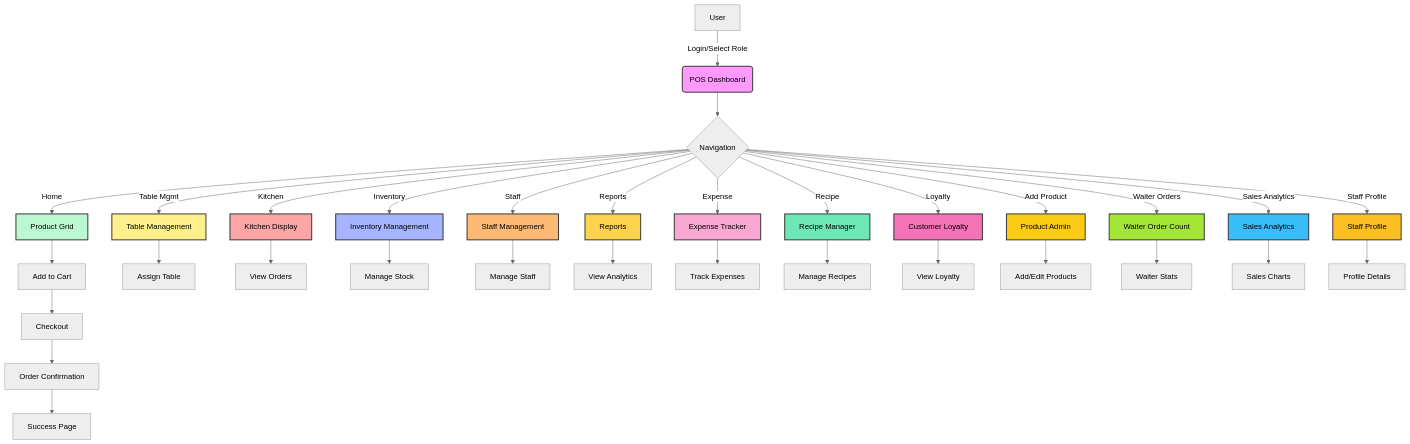
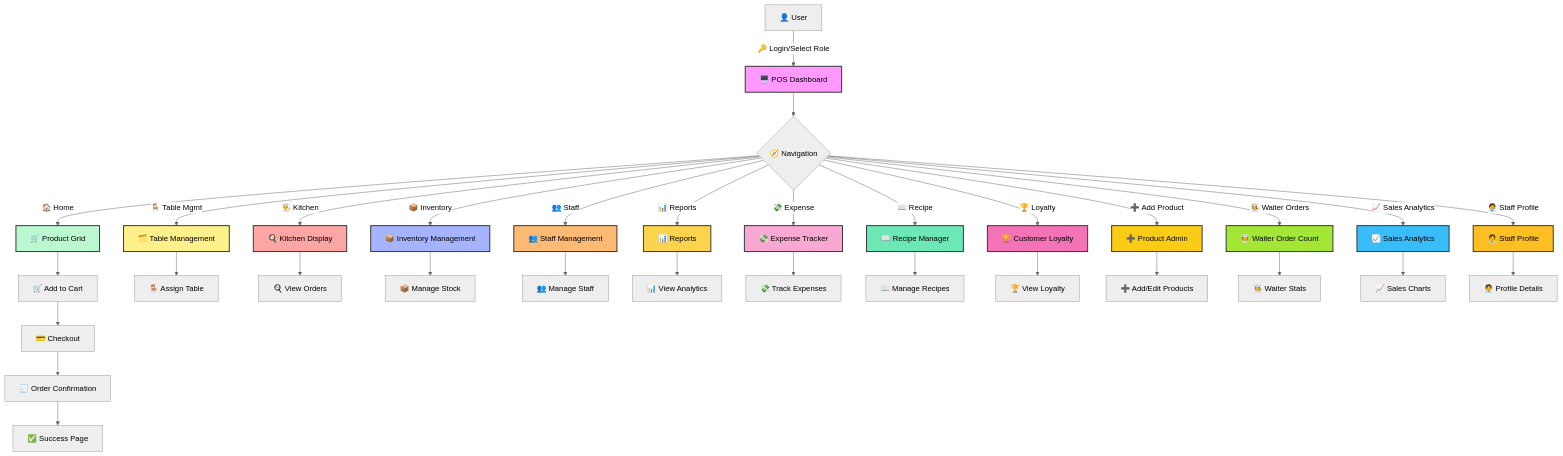
The second of 2 diagrams in README.md (NarenderSD/POS-System), drawn with Mermaid (neutral theme) before and after one commit. The commit also changed other lines of this file, not shown here.

````diff
--- a/README.md
+++ b/README.md
@@ -124,48 +128,48 @@
 ```mermaid
 flowchart TD
-  A[User] -->|Login/Select Role| B(POS Dashboard)
-  B --> C{Navigation}
-  C -->|Home| D[Product Grid]
-  C -->|Table Mgmt| E[Table Management]
-  C -->|Kitchen| F[Kitchen Display]
-  C -->|Inventory| G[Inventory Management]
-  C -->|Staff| H[Staff Management]
-  C -->|Reports| I[Reports]
-  C -->|Expense| J[Expense Tracker]
-  C -->|Recipe| K[Recipe Manager]
-  C -->|Loyalty| L[Customer Loyalty]
-  C -->|Add Product| M[Product Admin]
-  C -->|Waiter Orders| N[Waiter Order Count]
-  C -->|Sales Analytics| O[Sales Analytics]
-  C -->|Staff Profile| P[Staff Profile]
-  D --> Q[Add to Cart]
-  Q --> R[Checkout]
-  R --> S[Order Confirmation]
-  S --> T[Success Page]
-  E --> U[Assign Table]
-  F --> V[View Orders]
-  G --> W[Manage Stock]
-  H --> X[Manage Staff]
-  I --> Y[View Analytics]
-  J --> Z[Track Expenses]
-  K --> AA[Manage Recipes]
-  L --> AB[View Loyalty]
-  M --> AC[Add/Edit Products]
-  N --> AD[Waiter Stats]
-  O --> AE[Sales Charts]
-  P --> AF[Profile Details]
+  A[👤 User] -->|🔑 Login/Select Role| B[🖥️ POS Dashboard]
+  B --> C{🧭 Navigation}
+  C -->|🏠 Home| D[🛒 Product Grid]
+  C -->|🪑 Table Mgmt| E[🗂️ Table Management]
+  C -->|👨‍🍳 Kitchen| F[🍳 Kitchen Display]
+  C -->|📦 Inventory| G[📦 Inventory Management]
+  C -->|👥 Staff| H[👥 Staff Management]
+  C -->|📊 Reports| I[📊 Reports]
+  C -->|💸 Expense| J[💸 Expense Tracker]
+  C -->|📖 Recipe| K[📖 Recipe Manager]
+  C -->|🏆 Loyalty| L[🏆 Customer Loyalty]
+  C -->|➕ Add Product| M[➕ Product Admin]
+  C -->|🧑‍🍳 Waiter Orders| N[🧑‍🍳 Waiter Order Count]
+  C -->|📈 Sales Analytics| O[📈 Sales Analytics]
+  C -->|🧑‍💼 Staff Profile| P[🧑‍💼 Staff Profile]
+  D --> Q[🛒 Add to Cart]
+  Q --> R[💳 Checkout]
+  R --> S[🧾 Order Confirmation]
+  S --> T[✅ Success Page]
+  E --> U[🪑 Assign Table]
+  F --> V[🍳 View Orders]
+  G --> W[📦 Manage Stock]
+  H --> X[👥 Manage Staff]
+  I --> Y[📊 View Analytics]
+  J --> Z[💸 Track Expenses]
+  K --> AA[📖 Manage Recipes]
+  L --> AB[🏆 View Loyalty]
+  M --> AC[➕ Add/Edit Products]
+  N --> AD[🧑‍🍳 Waiter Stats]
+  O --> AE[📈 Sales Charts]
+  P --> AF[🧑‍💼 Profile Details]
   style B fill:#f9f,stroke:#333,stroke-width:2px
   style D fill:#bbf7d0,stroke:#333,stroke-width:2px
   style E fill:#fef08a,stroke:#333,stroke-width:2px
   style F fill:#fca5a5,stroke:#333,stroke-width:2px
   style G fill:#a5b4fc,stroke:#333,stroke-width:2px
   style H fill:#fdba74,stroke:#333,stroke-width:2px
   style I fill:#fcd34d,stroke:#333,stroke-width:2px
   style J fill:#f9a8d4,stroke:#333,stroke-width:2px
   style K fill:#6ee7b7,stroke:#333,stroke-width:2px
   style L fill:#f472b6,stroke:#333,stroke-width:2px
   style M fill:#facc15,stroke:#333,stroke-width:2px
   style N fill:#a3e635,stroke:#333,stroke-width:2px
   style O fill:#38bdf8,stroke:#333,stroke-width:2px
   style P fill:#fbbf24,stroke:#333,stroke-width:2px
 ```
````
